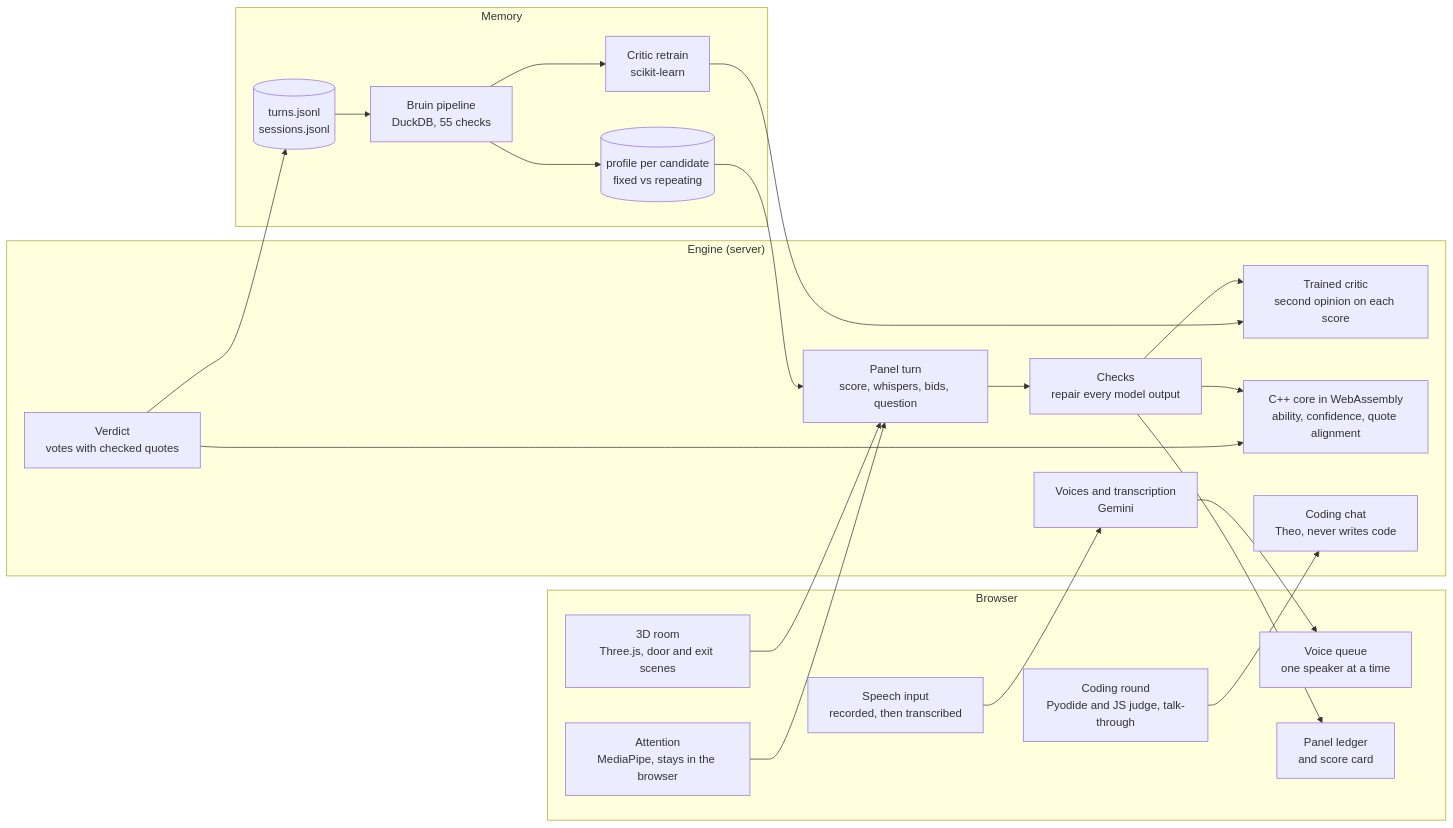
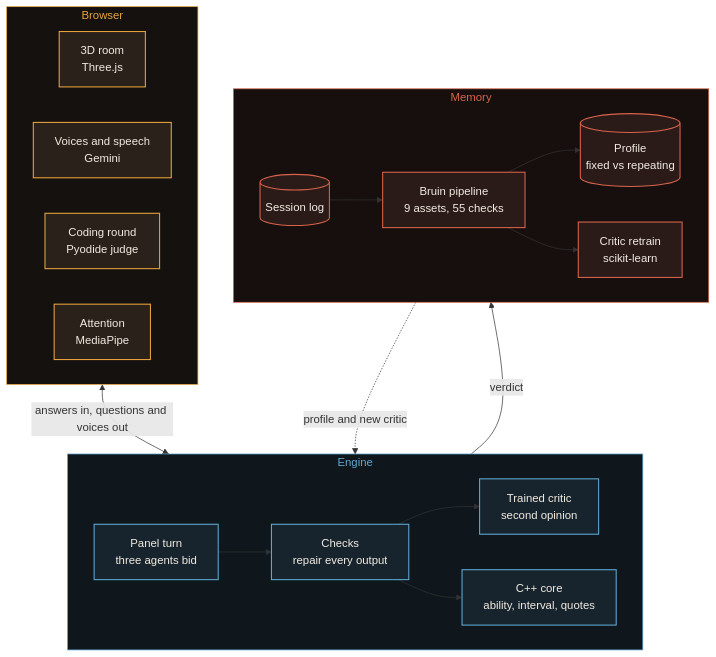
One commit to VolodymyrLinuxovich/hotseat changed the first of 2 diagrams in README.md. Above: the diagram before and after it, drawn with Mermaid. The commit also changed 2 other files, not shown here.

Commit message:
One voice per interviewer for the whole interview; cleaner architecture diagram

````diff
--- a/README.md
+++ b/README.md
@@ -86,43 +86,36 @@
 ```mermaid
-flowchart LR
-    subgraph BR["Browser"]
-        SC[3D room<br/>Three.js, door and exit scenes]
-        VO[Voice queue<br/>one speaker at a time]
-        LI[Speech input<br/>recorded, then transcribed]
-        CO[Coding round<br/>Pyodide and JS judge, talk-through]
-        GZ[Attention<br/>MediaPipe, stays in the browser]
-        LG[Panel ledger<br/>and score card]
+flowchart TB
+    classDef ui fill:#2a211a,stroke:#e8a33d,stroke-width:1.5px,color:#f3ece2
+    classDef eng fill:#17242d,stroke:#5fa8d3,stroke-width:1.5px,color:#f3ece2
+    classDef mem fill:#2a1b19,stroke:#d9634a,stroke-width:1.5px,color:#f3ece2
+
+    subgraph BROWSER["Browser"]
+        direction LR
+        ROOM["3D room<br/>Three.js"]:::ui
+        VOICE["Voices and speech<br/>Gemini"]:::ui
+        CODE["Coding round<br/>Pyodide judge"]:::ui
+        EYES["Attention<br/>MediaPipe"]:::ui
     end
 
-    subgraph EN["Engine (server)"]
-        PN[Panel turn<br/>score, whispers, bids, question]
-        CK[Checks<br/>repair every model output]
-        CR[Trained critic<br/>second opinion on each score]
-        CPP[C++ core in WebAssembly<br/>ability, confidence, quote alignment]
-        CC[Coding chat<br/>Theo, never writes code]
-        VD[Verdict<br/>votes with checked quotes]
-        TT[Voices and transcription<br/>Gemini]
+    subgraph ENGINE["Engine"]
+        direction LR
+        PANEL["Panel turn<br/>three agents bid"]:::eng --> CHECKS["Checks<br/>repair every output"]:::eng
+        CHECKS --> CRITIC["Trained critic<br/>second opinion"]:::eng
+        CHECKS --> CORE["C++ core<br/>ability, interval, quotes"]:::eng
     end
 
-    subgraph MEM["Memory"]
-        LOG[(turns.jsonl<br/>sessions.jsonl)]
-        BRU[Bruin pipeline<br/>DuckDB, 55 checks]
-        PRO[(profile per candidate<br/>fixed vs repeating)]
-        RT[Critic retrain<br/>scikit-learn]
+    subgraph MEMORY["Memory"]
+        direction LR
+        LOG[("Session log")]:::mem --> BRUIN["Bruin pipeline<br/>9 assets, 55 checks"]:::mem
+        BRUIN --> PROFILE[("Profile<br/>fixed vs repeating")]:::mem
+        BRUIN --> RETRAIN["Critic retrain<br/>scikit-learn"]:::mem
     end
 
-    LI --> TT
-    TT --> VO
-    CO --> CC
-    SC --> PN
-    GZ --> PN
-    PN --> CK
-    CK --> CR
-    CK --> CPP
-    CK --> LG
-    VD --> CPP
-    VD --> LOG
-    LOG --> BRU --> PRO
-    BRU --> RT --> CR
-    PRO --> PN
+    BROWSER <-- "answers in, questions and voices out" --> ENGINE
+    ENGINE -- "verdict" --> MEMORY
+    MEMORY -. "profile and new critic" .-> ENGINE
+
+    style BROWSER fill:#14110f,stroke:#e8a33d,color:#e8a33d
+    style ENGINE fill:#0f171c,stroke:#5fa8d3,color:#5fa8d3
+    style MEMORY fill:#170f0e,stroke:#d9634a,color:#d9634a
 ```
````
